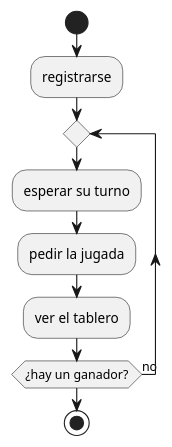
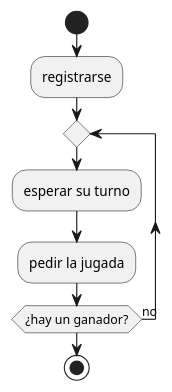
Before and after one commit to QuirozE/uix: the fourth of 4 diagrams in hw/snakes_ladders/snakes_ladders.org, drawn with PlantUML. The commit also changed other lines of this file and 3 other files, not shown here.

```diff
--- a/hw/snakes_ladders/snakes_ladders.org
+++ b/hw/snakes_ladders/snakes_ladders.org
@@ -50,10 +153,9 @@
-#+begin_src plantuml :file player_flux.png
+#+begin_src plantuml :file imgs/player_flux.png
 start
 :registrarse;
 repeat
 :esperar su turno;
 :pedir la jugada;
-:ver el tablero;
 repeat while(¿hay un ganador?) is (no)
 stop
 #+end_src
```
